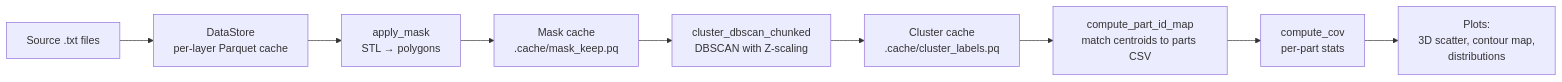
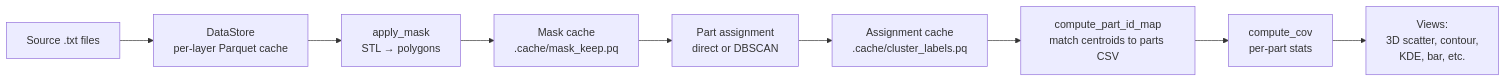
Before and after one commit to Obbaron/ampm-analysis: the diagram in README.md, drawn with Mermaid. The commit also changed other lines of this file and 4 other files, not shown here.

````diff
--- a/README.md
+++ b/README.md
@@ -30,11 +48,11 @@
 ```mermaid
 flowchart LR
     A[Source .txt files] --> B[DataStore<br/>per-layer Parquet cache]
     B --> C[apply_mask<br/>STL → polygons]
     C --> D[Mask cache<br/>.cache/mask_keep.pq]
-    D --> E[cluster_dbscan_chunked<br/>DBSCAN with Z-scaling]
-    E --> F[Cluster cache<br/>.cache/cluster_labels.pq]
+    D --> E[Part assignment<br/>direct or DBSCAN]
+    E --> F[Assignment cache<br/>.cache/cluster_labels.pq]
     F --> G[compute_part_id_map<br/>match centroids to parts CSV]
     G --> H[compute_cov<br/>per-part stats]
-    H --> I[Plots:<br/>3D scatter, contour map,<br/>distributions]
+    H --> I[Views:<br/>3D scatter, contour,<br/>KDE, bar, etc.]
 ```
````
